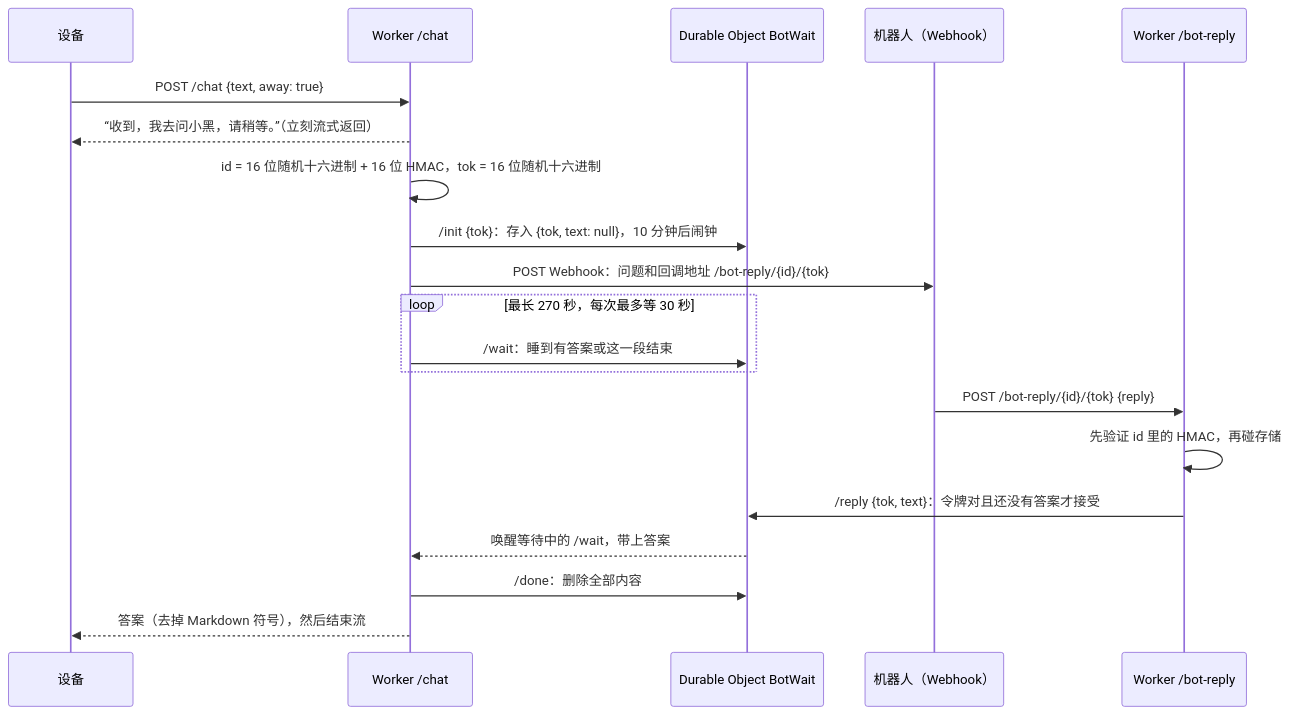
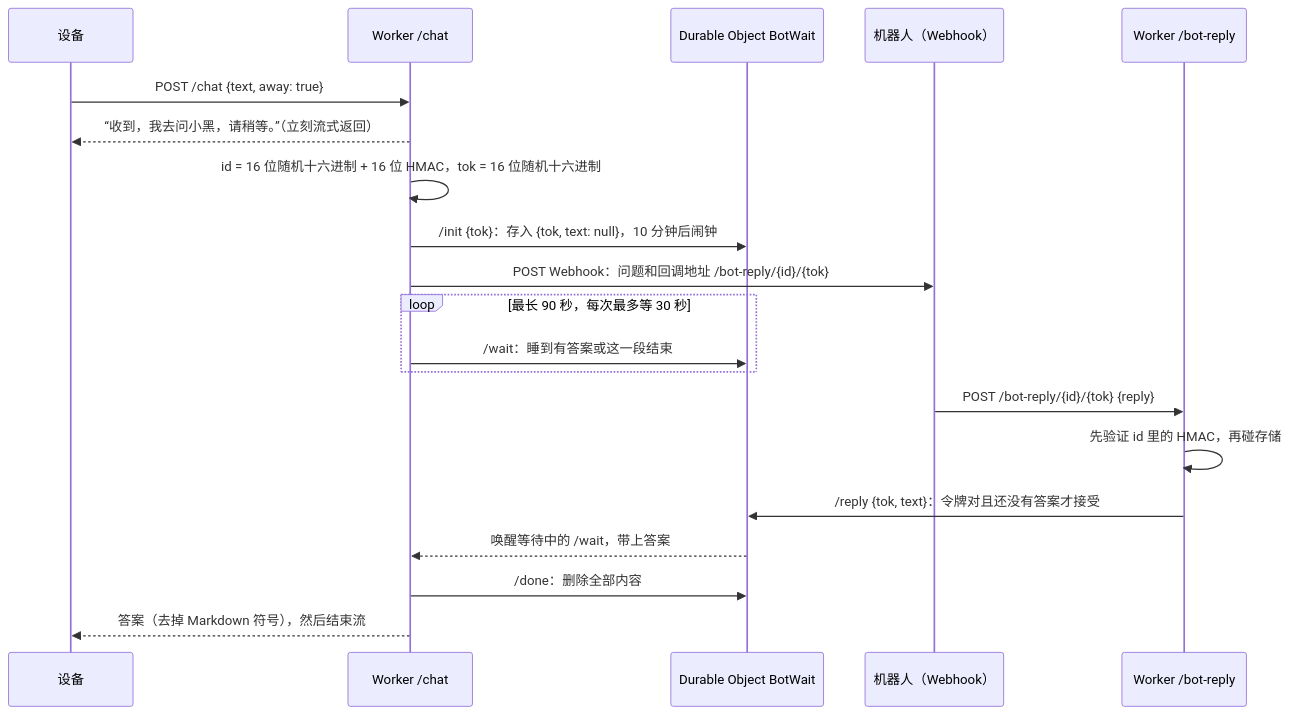
One commit to burndown/esp32-twinmate changed the diagram in docs/GROK-BOT.zh-CN.md. Above: the diagram before and after it, drawn with Mermaid. The commit also changed other lines of this file and 2 other files, not shown here.

````diff
--- a/docs/GROK-BOT.zh-CN.md
+++ b/docs/GROK-BOT.zh-CN.md
@@ -31,22 +31,22 @@
 ```mermaid
 sequenceDiagram
   participant D as 设备
   participant W as Worker /chat
   participant O as Durable Object BotWait
   participant B as 机器人（Webhook）
   participant C as Worker /bot-reply
   D->>W: POST /chat {text, away: true}
   W-->>D: “收到，我去问小黑，请稍等。”（立刻流式返回）
   W->>W: id = 16 位随机十六进制 + 16 位 HMAC，tok = 16 位随机十六进制
   W->>O: /init {tok}：存入 {tok, text: null}，10 分钟后闹钟
   W->>B: POST Webhook：问题和回调地址 /bot-reply/{id}/{tok}
-  loop 最长 270 秒，每次最多等 30 秒
+  loop 最长 90 秒，每次最多等 30 秒
     W->>O: /wait：睡到有答案或这一段结束
   end
   B->>C: POST /bot-reply/{id}/{tok} {reply}
   C->>C: 先验证 id 里的 HMAC，再碰存储
   C->>O: /reply {tok, text}：令牌对且还没有答案才接受
   O-->>W: 唤醒等待中的 /wait，带上答案
   W->>O: /done：删除全部内容
   W-->>D: 答案（去掉 Markdown 符号），然后结束流
 ```
````
